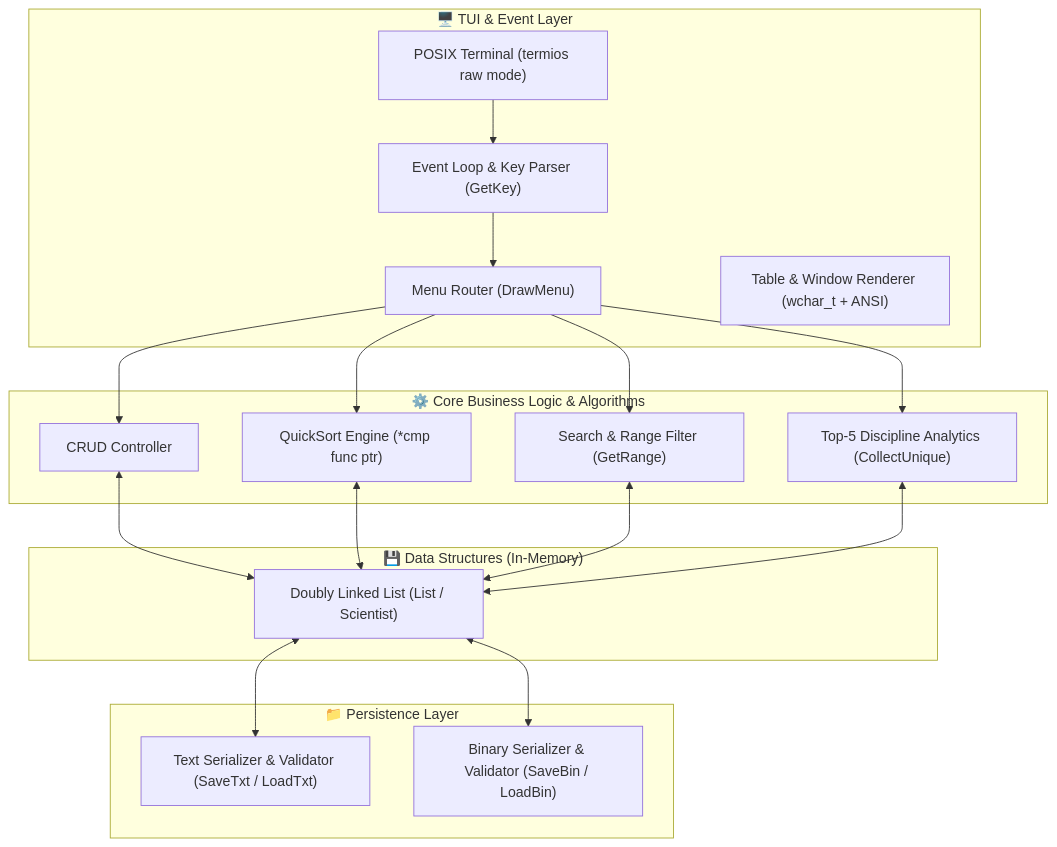
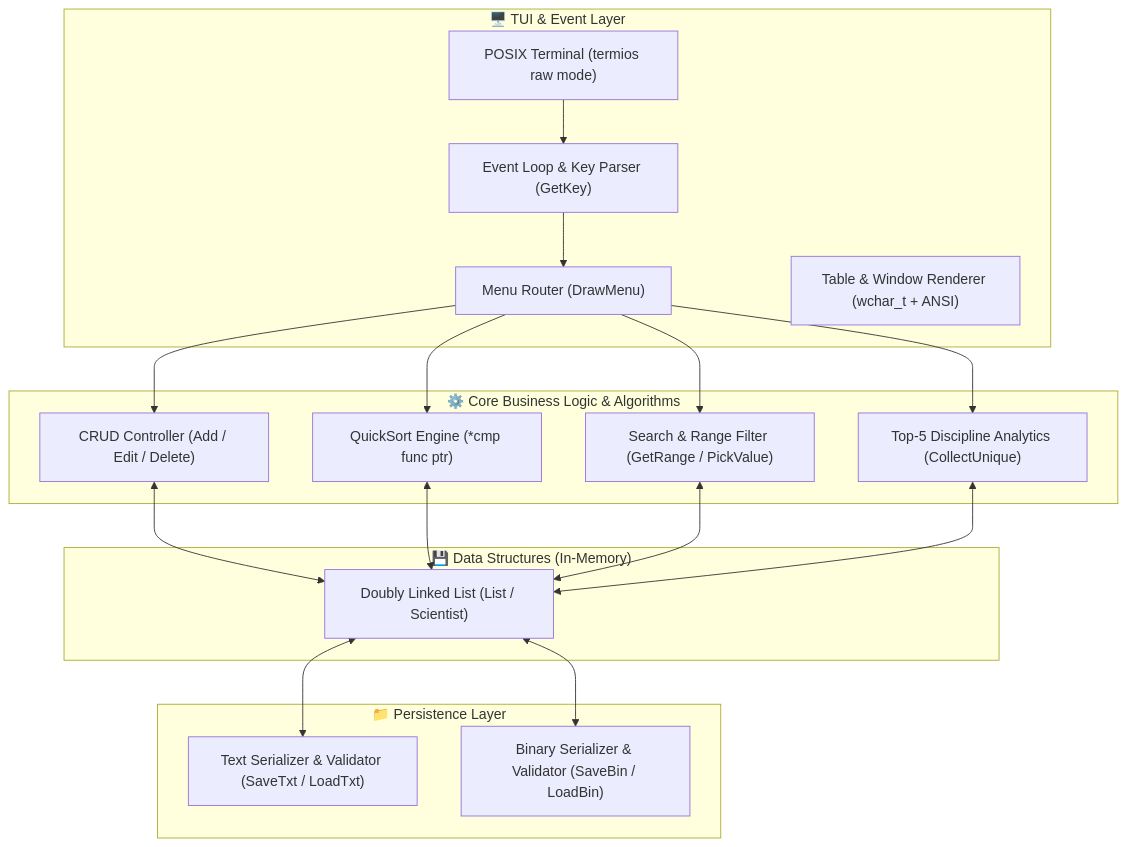
One commit to git-sudo-ai/My-Study-Works changed the diagram in coursework/semester-2/README.md. Above: the diagram before and after it, drawn with Mermaid. The commit also changed other lines of this file and 13 other files, not shown here.

````diff
--- a/coursework/semester-2/README.md
+++ b/coursework/semester-2/README.md
@@ -52,27 +134,27 @@
 ```mermaid
 flowchart TD
     subgraph UI_Layer["🖥️ TUI & Event Layer"]
         Terminal["POSIX Terminal (termios raw mode)"] --> InputParser["Event Loop & Key Parser (GetKey)"]
         InputParser --> MenuRouter["Menu Router (DrawMenu)"]
         TableRenderer["Table & Window Renderer (wchar_t + ANSI)"]
     end
 
     subgraph Business_Layer["⚙️ Core Business Logic & Algorithms"]
-        MenuRouter --> CRUD["CRUD Controller"]
+        MenuRouter --> CRUD["CRUD Controller (Add / Edit / Delete)"]
         MenuRouter --> Sorter["QuickSort Engine (*cmp func ptr)"]
-        MenuRouter --> SearchEngine["Search & Range Filter (GetRange)"]
+        MenuRouter --> SearchEngine["Search & Range Filter (GetRange / PickValue)"]
         MenuRouter --> Analytics["Top-5 Discipline Analytics (CollectUnique)"]
     end
 
     subgraph Data_Layer["💾 Data Structures (In-Memory)"]
         CRUD <--> DList["Doubly Linked List (List / Scientist)"]
         Sorter <--> DList
         SearchEngine <--> DList
         Analytics <--> DList
     end
 
     subgraph Storage_Layer["📁 Persistence Layer"]
         DList <--> TxtIO["Text Serializer & Validator (SaveTxt / LoadTxt)"]
         DList <--> BinIO["Binary Serializer & Validator (SaveBin / LoadBin)"]
     end
 ```
````
